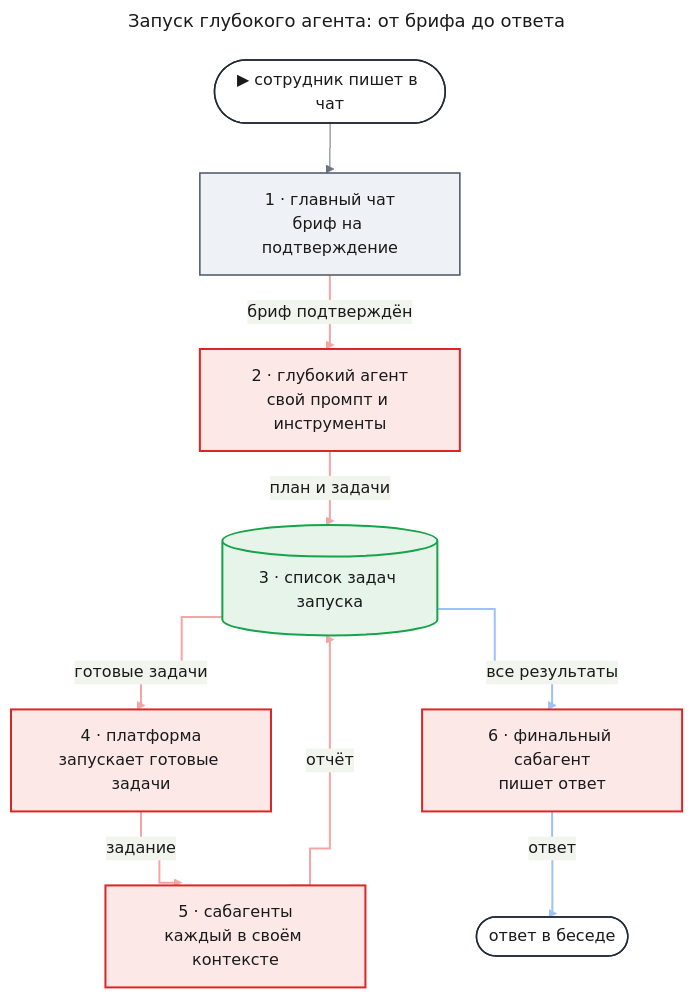
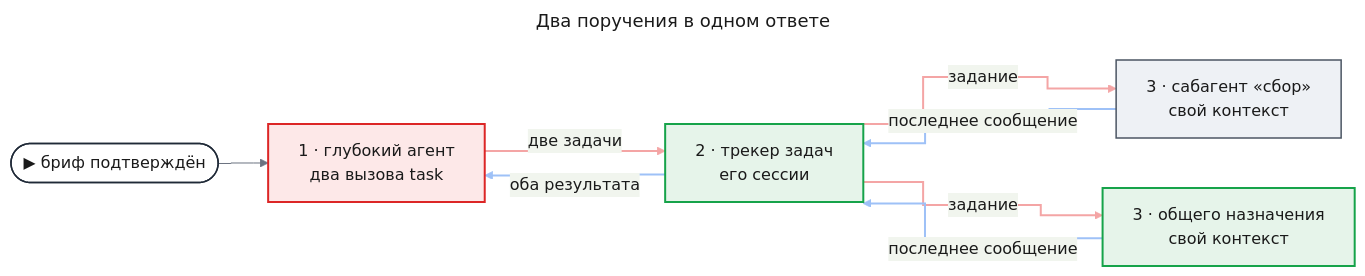
Before and after one commit to tundraray/agent-os: the second of 3 diagrams in docs/features/deep-agents/prd.md, drawn with Mermaid. The commit also changed other lines of this file, not shown here.

Commit message:
docs(deep-agents): re-scope the PRD to parity with Deep Agents

````diff
--- a/docs/features/deep-agents/prd.md
+++ b/docs/features/deep-agents/prd.md
@@ -157,57 +88,51 @@
 ```mermaid
 ---
-title: "Запуск глубокого агента: от брифа до ответа"
+title: "Два поручения в одном ответе"
 config:
   theme: base
   look: classic
   themeVariables:
     primaryColor: "#eef1f5"
     primaryBorderColor: "#4b5563"
     primaryTextColor: "#1a1a1a"
     lineColor: "#6b7280"
   flowchart:
     curve: step
   themeCSS: |
-    @keyframes lit_da2{0%,12.8%{stroke:#991b1b;stroke-width:6px}14.3%,100%{stroke:#f4a5a5;stroke-width:2px}}
-    @keyframes litr_da2{0%,12.8%{stroke:#1d4ed8;stroke-width:6px}14.3%,100%{stroke:#9ec1f7;stroke-width:2px}}
+    @keyframes lit_dl1{0%,15%{stroke:#991b1b;stroke-width:6px}16.7%,100%{stroke:#f4a5a5;stroke-width:2px}}
+    @keyframes litr_dl1{0%,15%{stroke:#1d4ed8;stroke-width:6px}16.7%,100%{stroke:#9ec1f7;stroke-width:2px}}
 ---
-flowchart TB
-    entry(["▶ сотрудник пишет в чат"])
-    chat["1 · главный чат<br/>бриф на подтверждение"]
-    deep["2 · глубокий агент<br/>свой промпт и инструменты"]
-    tasks[("3 · список задач запуска")]
-    runner["4 · платформа<br/>запускает готовые задачи"]
-    sub["5 · сабагенты<br/>каждый в своём контексте"]
-    final["6 · финальный сабагент<br/>пишет ответ"]
-    out(["ответ в беседе"])
-    entry --> chat
-    chat e1@-->|"бриф подтверждён"| deep
-    deep e2@-->|"план и задачи"| tasks
-    tasks e3@-->|"готовые задачи"| runner
-    runner e4@-->|"задание"| sub
-    sub e5@-->|"отчёт"| tasks
-    tasks e6@-->|"все результаты"| final
-    final e7@-->|"ответ"| out
+flowchart LR
+    entry(["▶ бриф подтверждён"])
+    deep["1 · глубокий агент<br/>два вызова task"]
+    tracker["2 · трекер задач<br/>его сессии"]
+    subA["3 · сабагент «сбор»<br/>свой контекст"]
+    subB["3 · общего назначения<br/>свой контекст"]
+    entry --> deep
+    deep e1@-->|"две задачи"| tracker
+    tracker e2@-->|"задание"| subA
+    tracker e3@-->|"задание"| subB
+    subA e4@-->|"последнее сообщение"| tracker
+    subB e5@-->|"последнее сообщение"| tracker
+    tracker e6@-->|"оба результата"| deep
     classDef entry fill:#ffffff,stroke:#1f2937,stroke-width:1.5px,color:#1a1a1a
     classDef changed fill:#fde8e8,stroke:#dc2626,stroke-width:2px,color:#1a1a1a
     classDef new fill:#e6f4ea,stroke:#16a34a,stroke-width:2px,color:#1a1a1a
     classDef unchanged fill:#eef1f5,stroke:#4b5563,stroke-width:1.5px,color:#1a1a1a
-    classDef w1 stroke:#f4a5a5,stroke-width:2px,animation:lit_da2 8.4s linear 0s infinite
-    classDef w2 stroke:#f4a5a5,stroke-width:2px,animation:lit_da2 8.4s linear 1.2s infinite
-    classDef w3 stroke:#f4a5a5,stroke-width:2px,animation:lit_da2 8.4s linear 2.4s infinite
-    classDef w4 stroke:#f4a5a5,stroke-width:2px,animation:lit_da2 8.4s linear 3.6s infinite
-    classDef w5 stroke:#f4a5a5,stroke-width:2px,animation:lit_da2 8.4s linear 4.8s infinite
-    classDef r6 stroke:#9ec1f7,stroke-width:2px,animation:litr_da2 8.4s linear 6s infinite
-    classDef r7 stroke:#9ec1f7,stroke-width:2px,animation:litr_da2 8.4s linear 7.2s infinite
-    class entry,out entry
-    class chat unchanged
-    class deep,runner,sub,final changed
-    class tasks new
+    classDef w1 stroke:#f4a5a5,stroke-width:2px,animation:lit_dl1 7.2s linear 0s infinite
+    classDef w2 stroke:#f4a5a5,stroke-width:2px,animation:lit_dl1 7.2s linear 1.2s infinite
+    classDef w3 stroke:#f4a5a5,stroke-width:2px,animation:lit_dl1 7.2s linear 2.4s infinite
+    classDef r4 stroke:#9ec1f7,stroke-width:2px,animation:litr_dl1 7.2s linear 3.6s infinite
+    classDef r5 stroke:#9ec1f7,stroke-width:2px,animation:litr_dl1 7.2s linear 4.8s infinite
+    classDef r6 stroke:#9ec1f7,stroke-width:2px,animation:litr_dl1 7.2s linear 6s infinite
+    class entry entry
+    class deep changed
+    class tracker,subB new
+    class subA unchanged
     class e1 w1
     class e2 w2
     class e3 w3
-    class e4 w4
-    class e5 w5
+    class e4 r4
+    class e5 r5
     class e6 r6
-    class e7 r7
 ```
````
